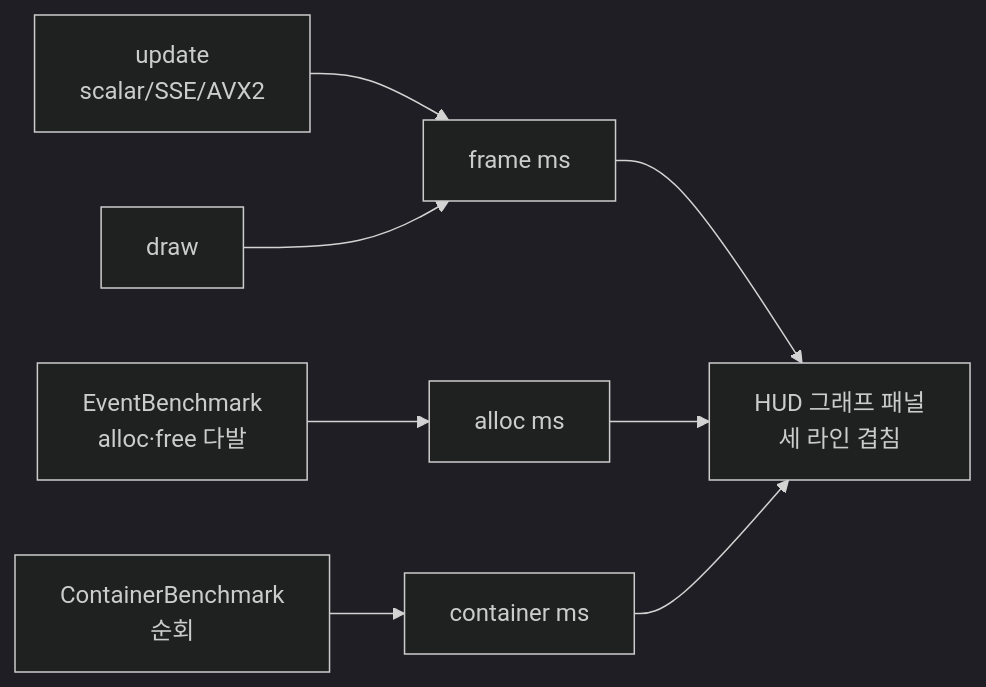
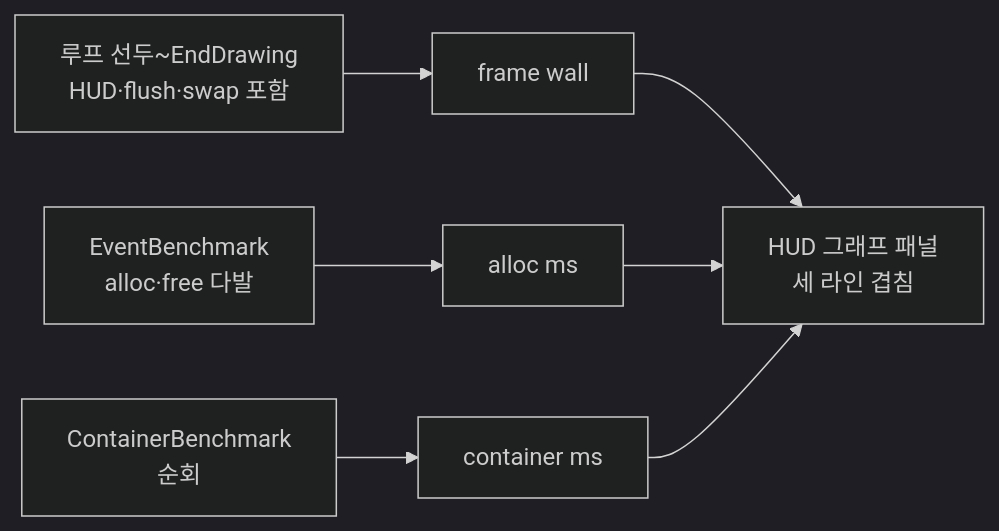
The first of 4 diagrams in projects/mini/parts_perf_lab/articles/step08_visualization.md (Rein-ArXiv/game-dev-curriculum), drawn with Mermaid (dark theme) before and after one commit. The commit also changed other lines of this file and 279 other files, not shown here.

````diff
--- a/projects/mini/parts_perf_lab/articles/step08_visualization.md
+++ b/projects/mini/parts_perf_lab/articles/step08_visualization.md
@@ -57,10 +65,9 @@
 ```mermaid
 flowchart LR
-    A[update<br/>scalar/SSE/AVX2] --> F[frame ms]
-    B[draw] --> F
+    A[루프 선두~EndDrawing<br/>HUD·flush·swap 포함] --> F[frame wall]
     C[EventBenchmark<br/>alloc·free 다발] --> G[alloc ms]
     D[ContainerBenchmark<br/>순회] --> H[container ms]
     F --> P[HUD 그래프 패널<br/>세 라인 겹침]
     G --> P
     H --> P
 ```
````
